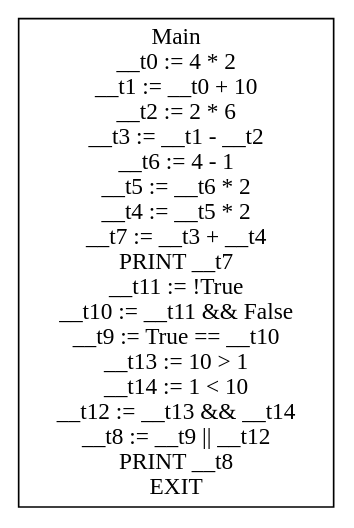
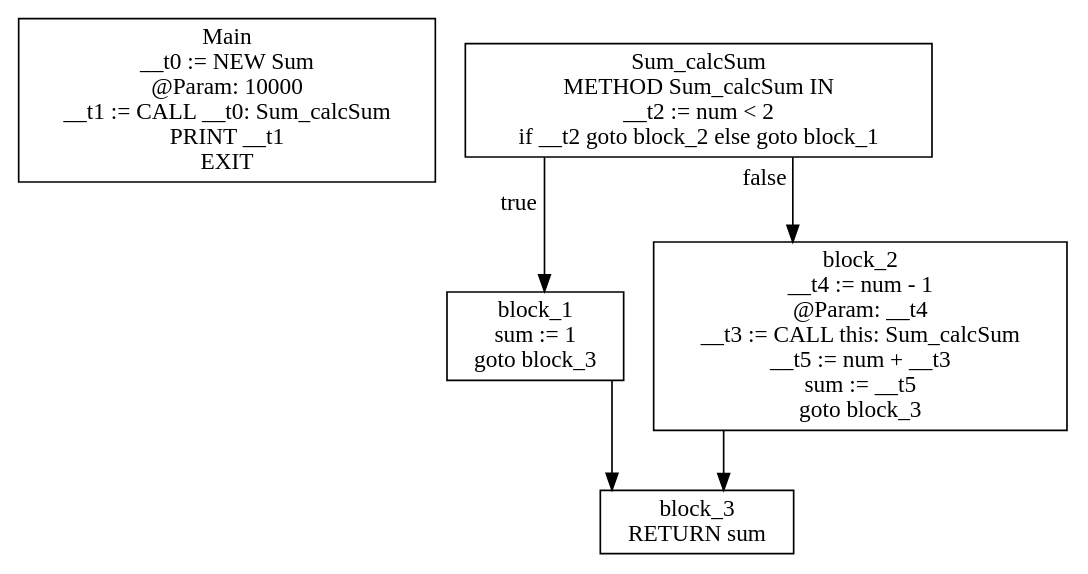
One commit to KarmaSora/Compiler changed the diagram in gettingStarted/cfg.dot. Above: the diagram before and after it, drawn with Graphviz. The commit also changed 6 other files, not shown here.

```diff
--- a/gettingStarted/cfg.dot
+++ b/gettingStarted/cfg.dot
@@ -1,5 +1,13 @@
 digraph CFG {
 graph [splines=ortho];
 node [shape=box];
-Main [label="Main\n__t0 := 4 * 2\n__t1 := __t0 + 10\n__t2 := 2 * 6\n__t3 := __t1 - __t2\n__t6 := 4 - 1\n__t5 := __t6 * 2\n__t4 := __t5 * 2\n__t7 := __t3 + __t4\nPRINT __t7\n__t11 := !True\n__t10 := __t11 && False\n__t9 := True == __t10\n__t13 := 10 > 1\n__t14 := 1 < 10\n__t12 := __t13 && __t14\n__t8 := __t9 || __t12\nPRINT __t8\nEXIT\n"];
+Main [label="Main\n__t0 := NEW Sum\n @Param: 10000\n__t1 := CALL __t0: Sum_calcSum\nPRINT __t1\nEXIT\n"];
+Sum_calcSum -> block_1 [xlabel="true"];
+Sum_calcSum -> block_2 [xlabel="false"];
+Sum_calcSum [label="Sum_calcSum\nMETHOD Sum_calcSum IN \n__t2 := num < 2\nif __t2 goto block_2 else goto block_1\n"];
+block_1 -> block_3;
+block_1 [label="block_1\nsum := 1\ngoto block_3\n"];
+block_2 -> block_3;
+block_2 [label="block_2\n__t4 := num - 1\n @Param: __t4\n__t3 := CALL this: Sum_calcSum\n__t5 := num + __t3\nsum := __t5\ngoto block_3\n"];
+block_3 [label="block_3\nRETURN sum\n"];
 }
```
